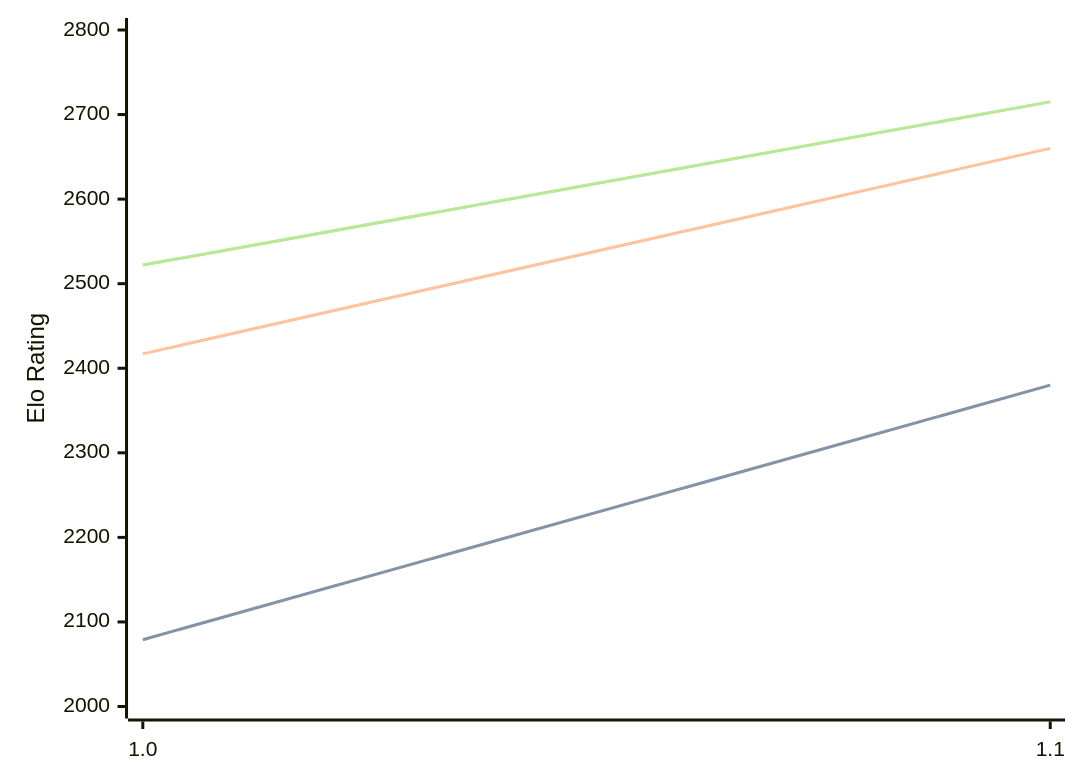
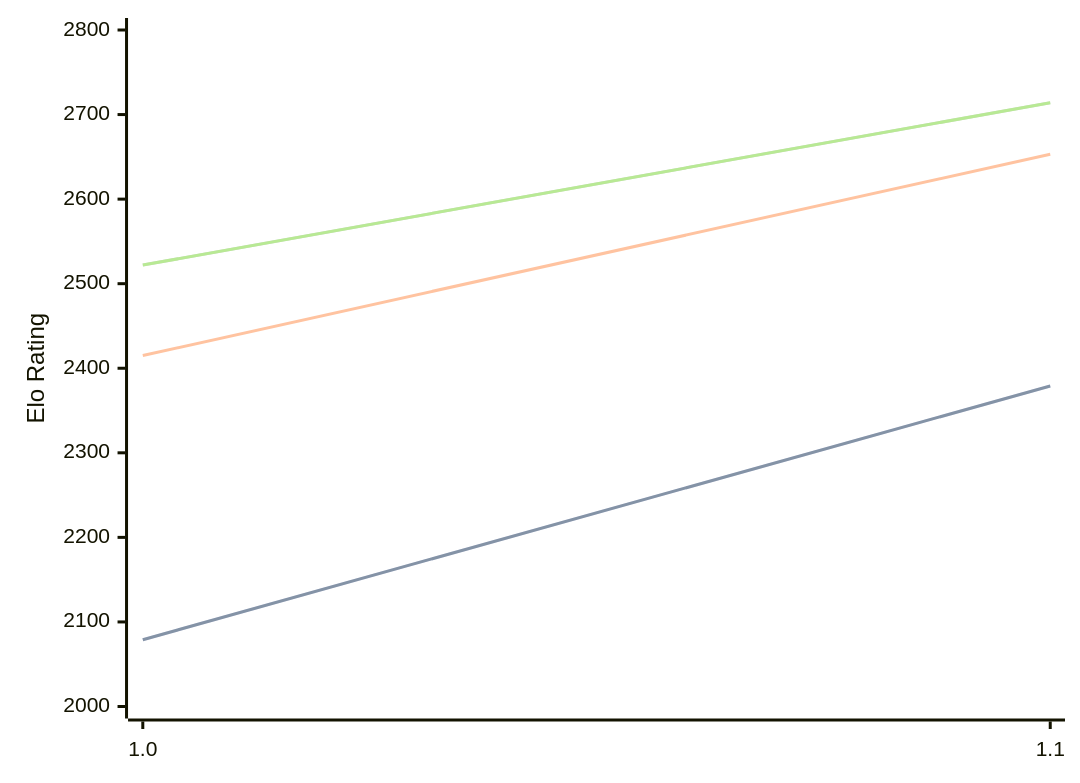
The diagram in engines/Erinn.md (computer-chess-index/cci), drawn with Mermaid before and after one commit. The commit also changed other lines of this file, not shown here.

Commit message:
Update CCI Ratings (ELO VLTC) - 2026-08-04

````diff
--- a/engines/Erinn.md
+++ b/engines/Erinn.md
@@ -32,11 +32,11 @@
 ```mermaid
 %%{init: {"theme":"base","themeVariables":{"seriesColors:['#a3a3a3','#222221','#faa371']}}}%%
 xychart-beta
   x-axis ["1.0", "1.1"]
   y-axis "Elo Rating" 2000 --> 2800
-  line "STC (8.0+0.08s)" [2079, 2380]
-  line "STC (8.0+0.08s)" [2079, 2380]
-  line "LTC (60.0+0.60s)" [2417, 2660]
-  line "VLTC (2m24s+1.12s)" [2522, 2715]
-  line "VLTC (2m24s+1.12s)" [2522, 2715]
+  line "STC (8.0+0.08s)" [2079, 2379]
+  line "STC (8.0+0.08s)" [2079, 2379]
+  line "LTC (60.0+0.60s)" [2415, 2653]
+  line "VLTC (2m24s+1.12s)" [2522, 2714]
+  line "VLTC (2m24s+1.12s)" [2522, 2714]
 ```
````
